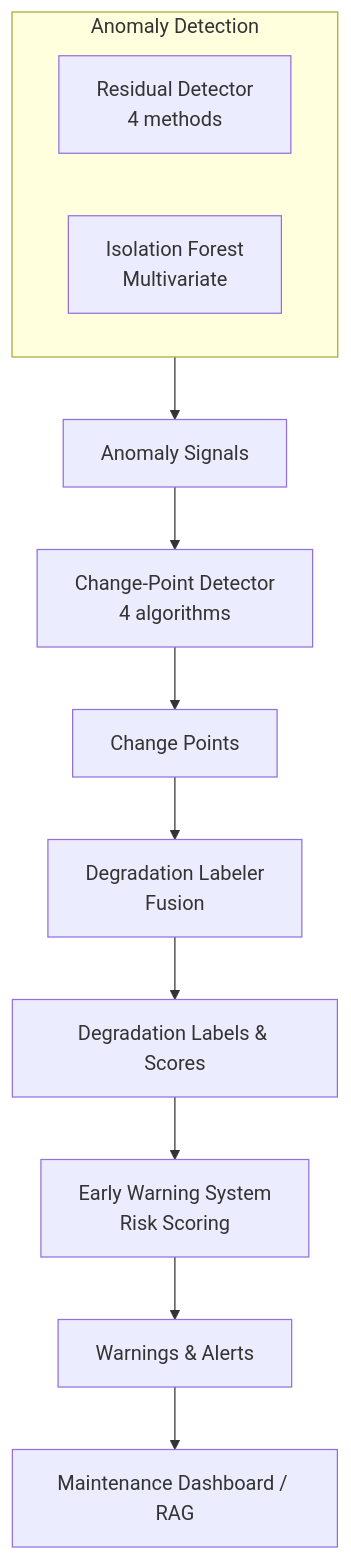
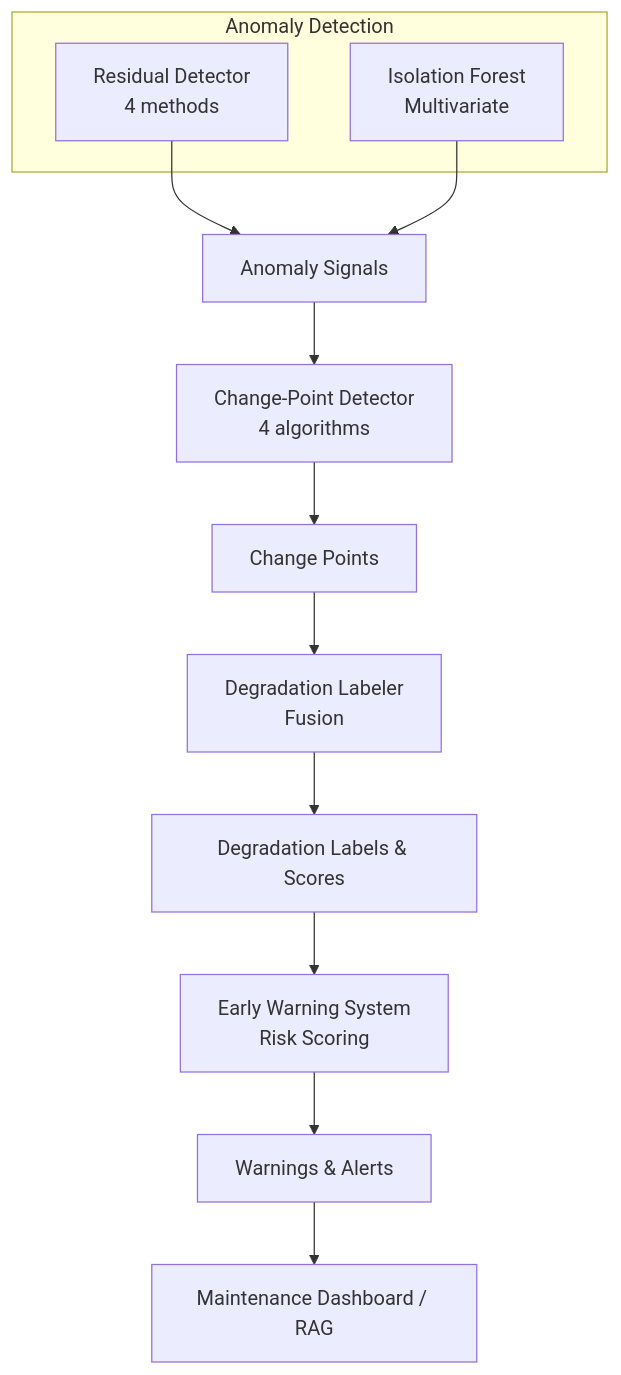
Before and after one commit to somesh-ghaturle/Agentic-Early-Warning-Intelligence-System-for-Silent-System-Failures: the diagram in docs/PHASE5_ANOMALY_DETECTION_GUIDE.md, drawn with Mermaid. The commit also changed 3 other files, not shown here.

````diff
--- a/docs/PHASE5_ANOMALY_DETECTION_GUIDE.md
+++ b/docs/PHASE5_ANOMALY_DETECTION_GUIDE.md
@@ -56,20 +56,20 @@
 ```mermaid
 flowchart TD
     subgraph Detectors [Anomaly Detection]
         RD[Residual Detector<br/>4 methods]
         IF[Isolation Forest<br/>Multivariate]
     end
 
-    Detectors --> Signals[Anomaly Signals]
+    RD & IF --> Signals[Anomaly Signals]
     
     Signals --> CPD[Change-Point Detector<br/>4 algorithms]
     CPD --> CP[Change Points]
     
     CP --> Labeler[Degradation Labeler<br/>Fusion]
     Labeler --> Labels[Degradation Labels & Scores]
     
     Labels --> EWS[Early Warning System<br/>Risk Scoring]
     EWS --> Alerts[Warnings & Alerts]
     
     Alerts --> Dashboard[Maintenance Dashboard / RAG]
 ```
````
